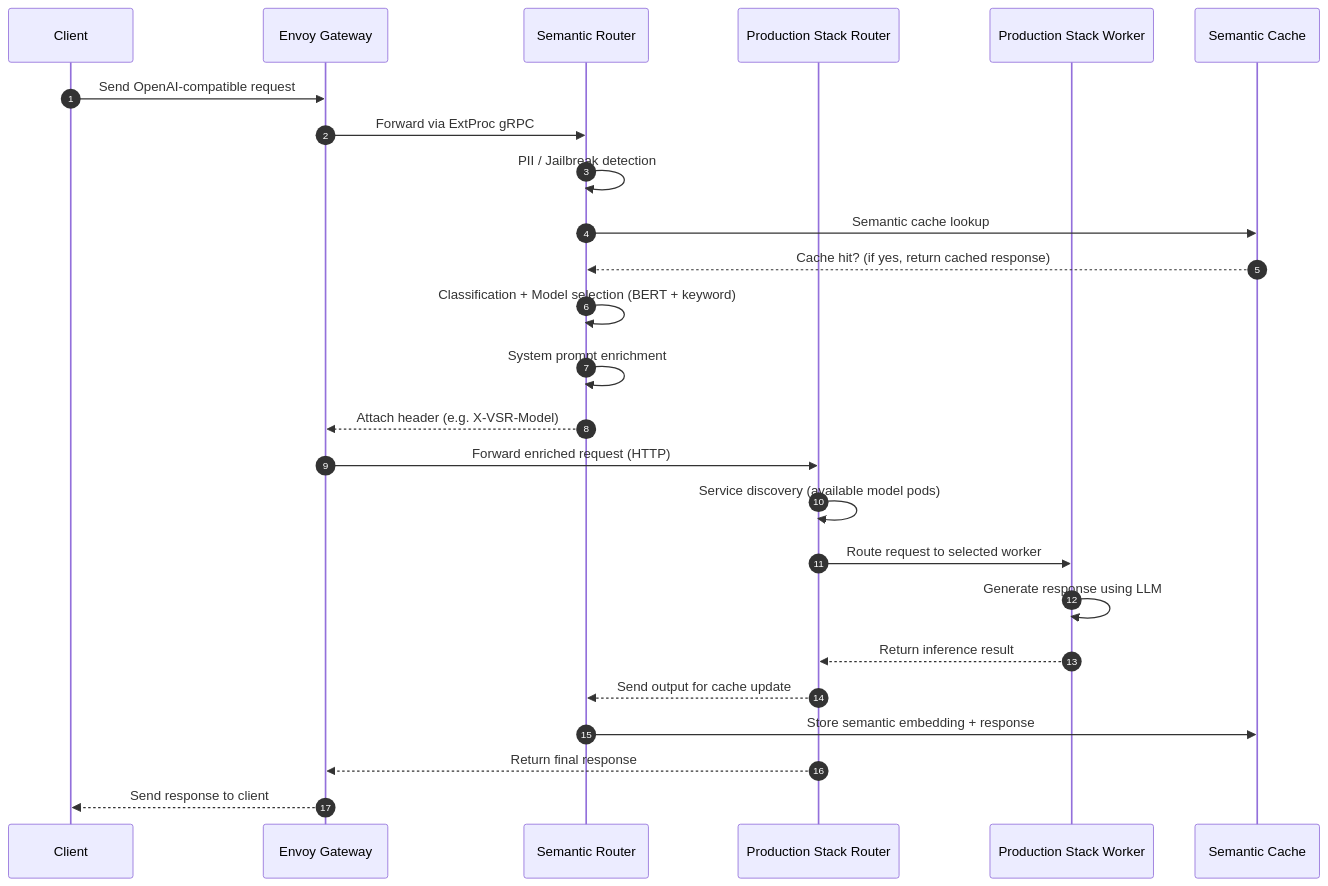
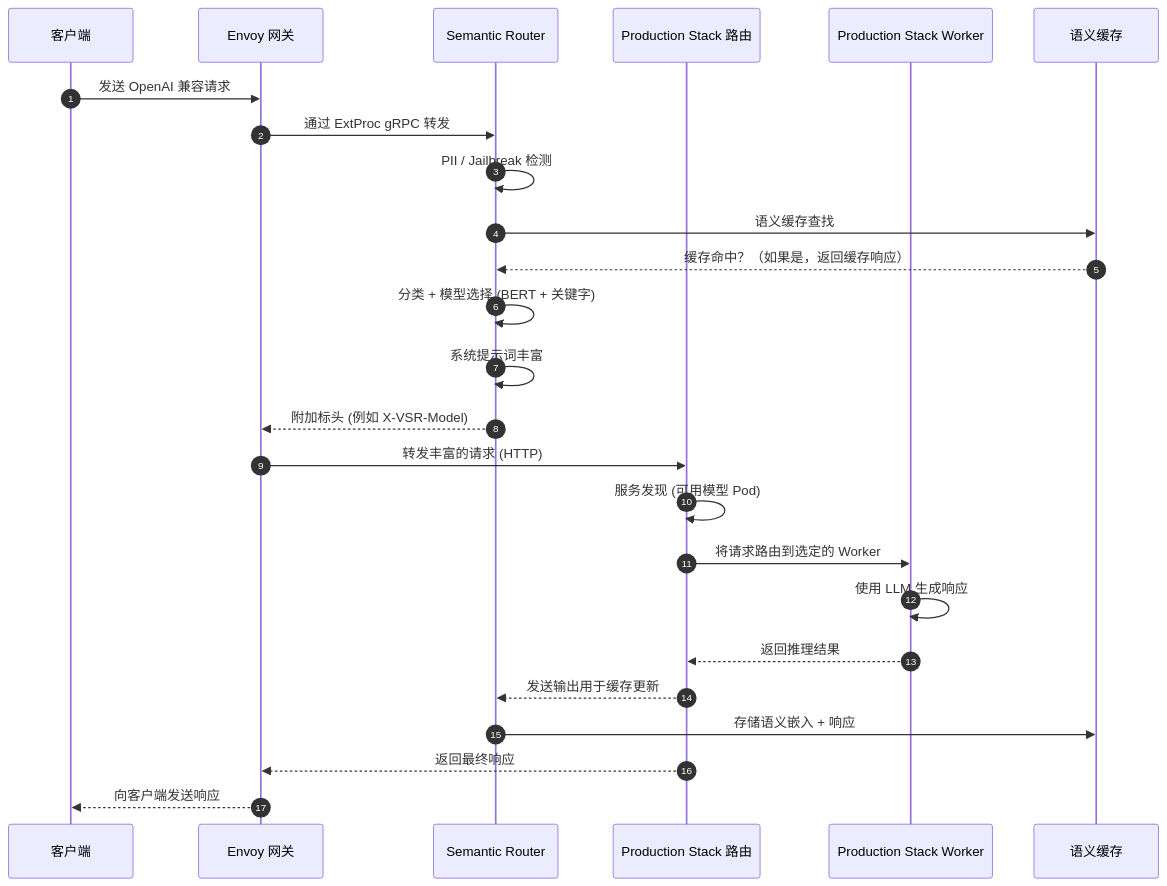
The second of 2 diagrams in website/i18n/zh-Hans/docusaurus-plugin-content-docs/current/proposals/production-stack-integration.md (vllm-project/semantic-router), drawn with Mermaid before and after one commit. The commit also changed other lines of this file and 7 other files, not shown here.

````diff
--- a/website/i18n/zh-Hans/docusaurus-plugin-content-docs/current/proposals/production-stack-integration.md
+++ b/website/i18n/zh-Hans/docusaurus-plugin-content-docs/current/proposals/production-stack-integration.md
@@ -188,44 +180,44 @@
 ```mermaid
 %%{init: {'theme': 'default'}}%%
 sequenceDiagram
     autonumber
-    participant C as Client
-    participant G as Envoy Gateway
+    participant C as 客户端
+    participant G as Envoy 网关
     participant SR as Semantic Router
-    participant V as Production Stack Router
+    participant V as Production Stack 路由
     participant W as Production Stack Worker
-    participant SC as Semantic Cache
+    participant SC as 语义缓存
 
-    %% Client to Gateway
-    C->>G: Send OpenAI-compatible request
+    %% 客户端到网关
+    C->>G: 发送 OpenAI 兼容请求
 
-    %% Gateway to Semantic Router
-    G->>SR: Forward via ExtProc gRPC
+    %% 网关到 Semantic Router
+    G->>SR: 通过 ExtProc gRPC 转发
 
-    %% Semantic Router processing
-    SR->>SR: PII / Jailbreak detection
-    SR->>SC: Semantic cache lookup
-    SC-->>SR: Cache hit? (if yes, return cached response)
-    SR->>SR: Classification + Model selection (BERT + keyword)
-    SR->>SR: System prompt enrichment
-    SR-->>G: Attach header (e.g. X-VSR-Model)
+    %% Semantic Router 处理
+    SR->>SR: PII / Jailbreak 检测
+    SR->>SC: 语义缓存查找
+    SC-->>SR: 缓存命中？（如果是，返回缓存响应）
+    SR->>SR: 分类 + 模型选择 (BERT + 关键字)
+    SR->>SR: 系统提示词丰富
+    SR-->>G: 附加标头 (例如 X-VSR-Model)
 
-    %% Gateway to vLLM router
-    G->>V: Forward enriched request (HTTP)
+    %% 网关到 vLLM 路由
+    G->>V: 转发丰富的请求 (HTTP)
 
-    %% Routing inside production stack
-    V->>V: Service discovery (available model pods)
-    V->>W: Route request to selected worker
+    %% Production Stack 内部路由
+    V->>V: 服务发现 (可用模型 Pod)
+    V->>W: 将请求路由到选定的 Worker
 
-    %% Worker execution
-    W->>W: Generate response using LLM
-    W-->>V: Return inference result
+    %% Worker 执行
+    W->>W: 使用 LLM 生成响应
+    W-->>V: 返回推理结果
 
-    %% Cache update
-    V-->>SR: Send output for cache update
-    SR->>SC: Store semantic embedding + response
+    %% 缓存更新
+    V-->>SR: 发送输出用于缓存更新
+    SR->>SC: 存储语义嵌入 + 响应
 
-    %% Response back to client
-    V-->>G: Return final response
-    G-->>C: Send response to client
+    %% 响应返回客户端
+    V-->>G: 返回最终响应
+    G-->>C: 向客户端发送响应
 ```
````
